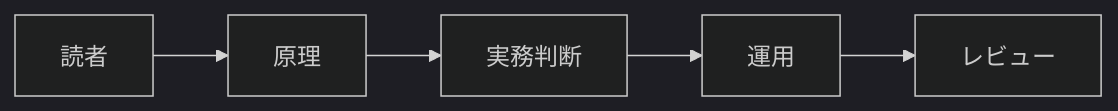
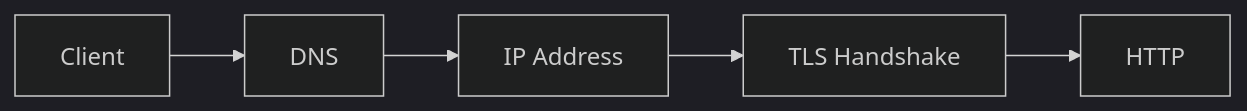
One commit to isksss/awesome changed the diagram in docs/network/dns-tls.md. Above: the diagram before and after it, drawn with Mermaid (dark theme). The commit also changed other lines of this file and 28 other files, not shown here.

````diff
--- a/docs/network/dns-tls.md
+++ b/docs/network/dns-tls.md
@@ -80,7 +33,7 @@
 ```mermaid
 flowchart LR
-  Reader[読者] --> Concept[原理]
-  Concept --> Practice[実務判断]
-  Practice --> Operation[運用]
-  Operation --> Review[レビュー]
+  Client[Client] --> DNS[DNS]
+  DNS --> IP[IP Address]
+  IP --> TLS[TLS Handshake]
+  TLS --> HTTP[HTTP]
 ```
````
